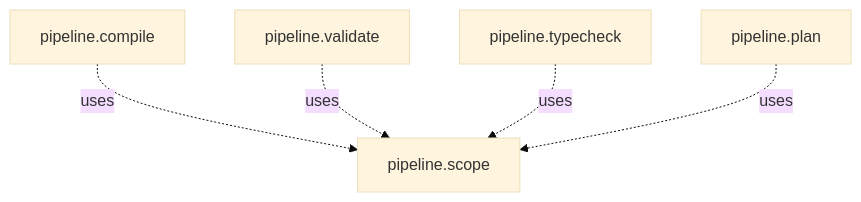
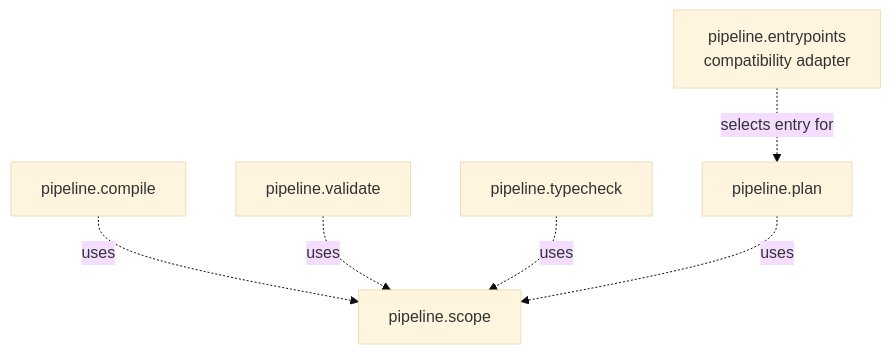
One commit to culsma/culsma changed the third of 3 diagrams in docs/architecture/pipeline/pipeline_module_diagrams.md. Above: the diagram before and after it, drawn with Mermaid (base theme). The commit also changed other lines of this file and 30 other files, not shown here.

````diff
--- a/docs/architecture/pipeline/pipeline_module_diagrams.md
+++ b/docs/architecture/pipeline/pipeline_module_diagrams.md
@@ -45,13 +77,15 @@
 ```mermaid
 flowchart TB
     Scope["pipeline.scope"]
+    EntryCompat["pipeline.entrypoints<br/>compatibility adapter"]
     Compile["pipeline.compile"]
     Validate["pipeline.validate"]
     Typecheck["pipeline.typecheck"]
     Plan["pipeline.plan"]
 
     Compile -. uses .-> Scope
     Validate -. uses .-> Scope
     Typecheck -. uses .-> Scope
     Plan -. uses .-> Scope
+    EntryCompat -. selects entry for .-> Plan
 ```
````
